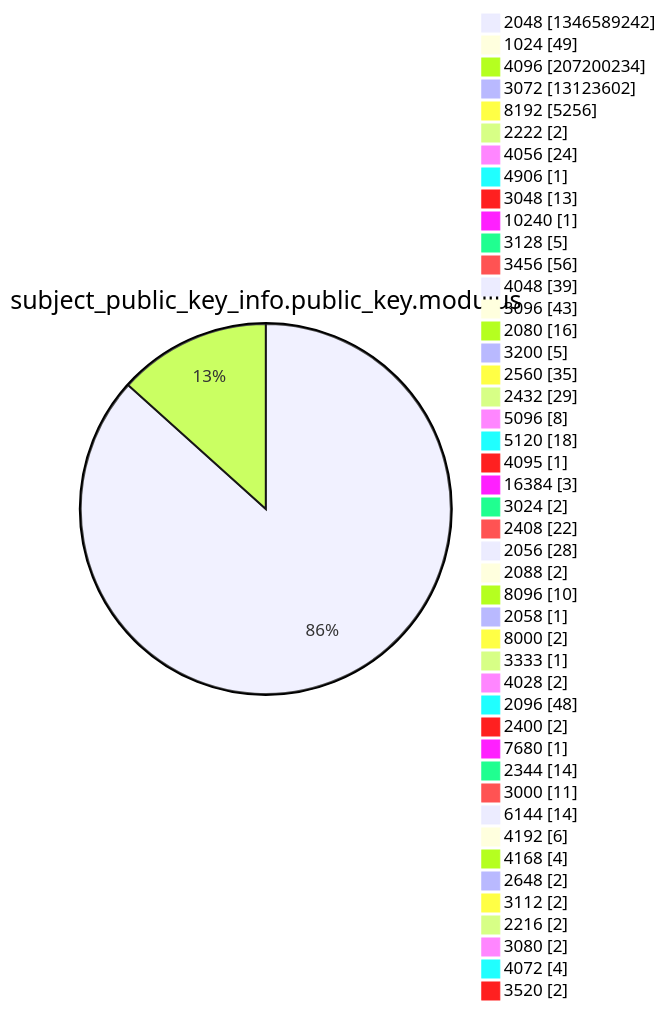
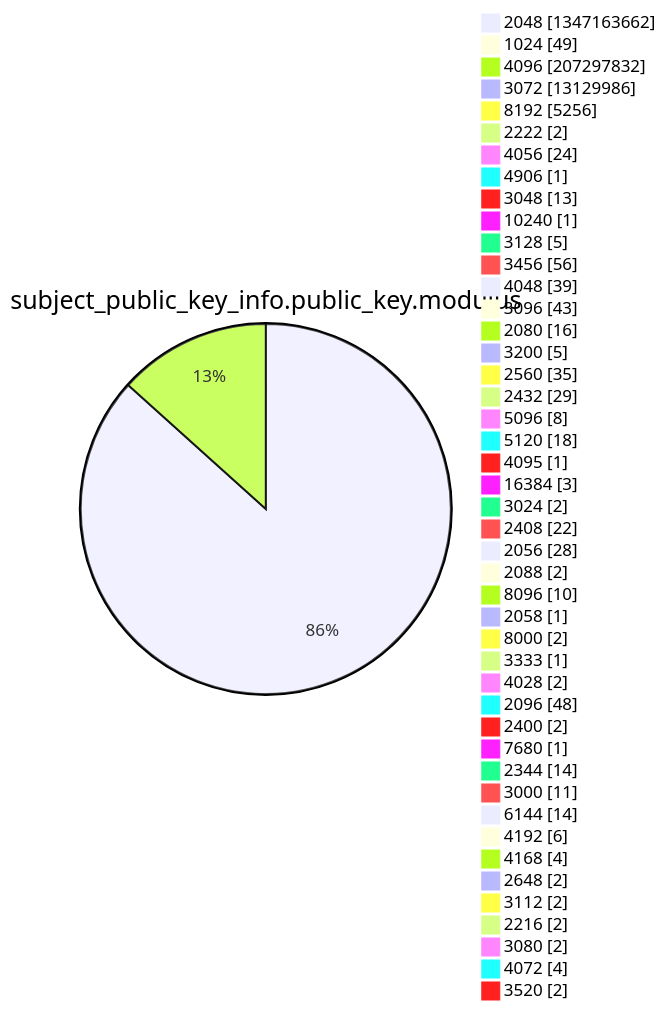
Before and after one commit to christiankrug/ctmonitor_visualization: diagram 13 of 15 in xenon2022/README.md, drawn with Mermaid. The commit also changed other lines of this file, not shown here.

````diff
--- a/xenon2022/README.md
+++ b/xenon2022/README.md
@@ -3927,49 +3927,49 @@
 ```mermaid
 pie showData
 title subject_public_key_info.public_key.modulus
-"2048" :1346589242
+"2048" :1347163662
 "1024" :49
-"4096" :207200234
-"3072" :13123602
+"4096" :207297832
+"3072" :13129986
 "8192" :5256
 "2222" :2
 "4056" :24
 "4906" :1
 "3048" :13
 "10240" :1
 "3128" :5
 "3456" :56
 "4048" :39
 "3096" :43
 "2080" :16
 "3200" :5
 "2560" :35
 "2432" :29
 "5096" :8
 "5120" :18
 "4095" :1
 "16384" :3
 "3024" :2
 "2408" :22
 "2056" :28
 "2088" :2
 "8096" :10
 "2058" :1
 "8000" :2
 "3333" :1
 "4028" :2
 "2096" :48
 "2400" :2
 "7680" :1
 "2344" :14
 "3000" :11
 "6144" :14
 "4192" :6
 "4168" :4
 "2648" :2
 "3112" :2
 "2216" :2
 "3080" :2
 "4072" :4
 "3520" :2
 ```
````
